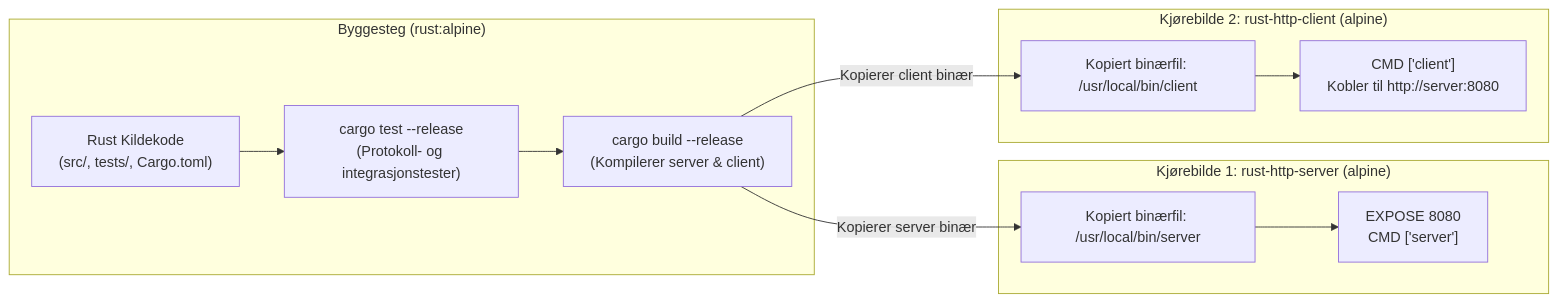
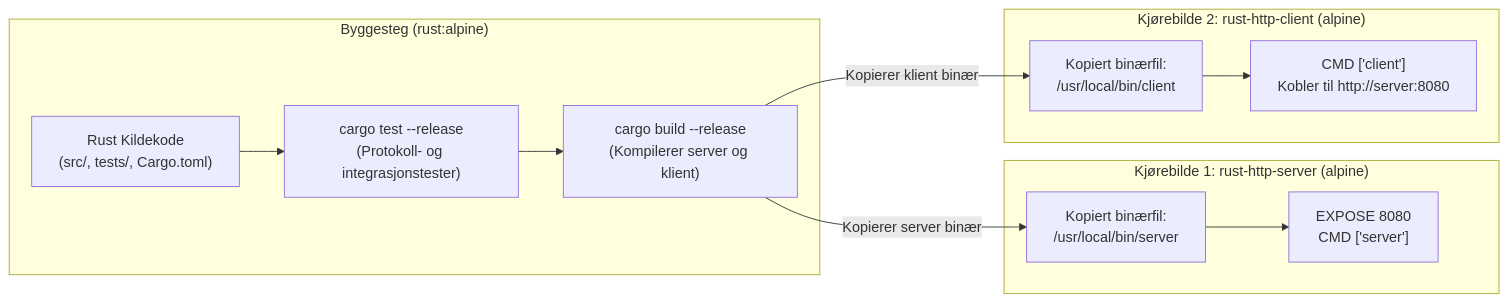
One commit to roblar658/http-server-rust changed the fourth of 4 diagrams in README.md. Above: the diagram before and after it, drawn with Mermaid. The commit also changed other lines of this file, not shown here.

Commit message:
Fiks Mermaid syntaksfeil i sekvensdiagram og klassediagram

````diff
--- a/README.md
+++ b/README.md
@@ -183,24 +185,24 @@
 ```mermaid
 flowchart LR
     subgraph BuildStage["Byggesteg (rust:alpine)"]
-        SRC["Rust Kildekode\n(src/, tests/, Cargo.toml)"]
-        TESTS["cargo test --release\n(Protokoll- og integrasjonstester)"]
-        BUILD["cargo build --release\n(Kompilerer server & client)"]
+        SRC["Rust Kildekode<br/>(src/, tests/, Cargo.toml)"]
+        TESTS["cargo test --release<br/>(Protokoll- og integrasjonstester)"]
+        BUILD["cargo build --release<br/>(Kompilerer server og klient)"]
         SRC --> TESTS --> BUILD
     end
 
     subgraph RuntimeServer["Kjørebilde 1: rust-http-server (alpine)"]
-        SRV_BIN["Kopiert binærfil: /usr/local/bin/server"]
-        SRV_PORT["EXPOSE 8080\nCMD ['server']"]
+        SRV_BIN["Kopiert binærfil:<br/>/usr/local/bin/server"]
+        SRV_PORT["EXPOSE 8080<br/>CMD ['server']"]
         SRV_BIN --> SRV_PORT
     end
 
     subgraph RuntimeClient["Kjørebilde 2: rust-http-client (alpine)"]
-        CLI_BIN["Kopiert binærfil: /usr/local/bin/client"]
-        CLI_RUN["CMD ['client']\nKobler til http://server:8080"]
+        CLI_BIN["Kopiert binærfil:<br/>/usr/local/bin/client"]
+        CLI_RUN["CMD ['client']<br/>Kobler til http://server:8080"]
         CLI_BIN --> CLI_RUN
     end
 
     BUILD -->|Kopierer server binær| SRV_BIN
-    BUILD -->|Kopierer client binær| CLI_BIN
+    BUILD -->|Kopierer klient binær| CLI_BIN
 ```
````
